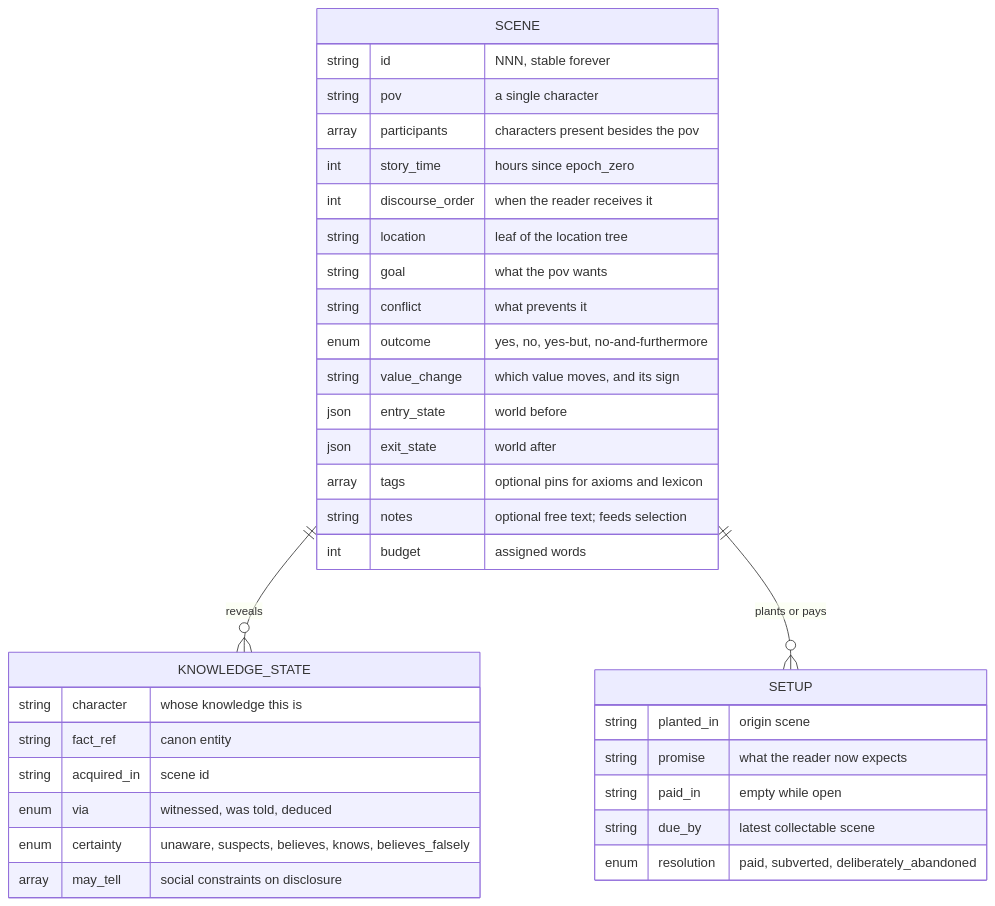
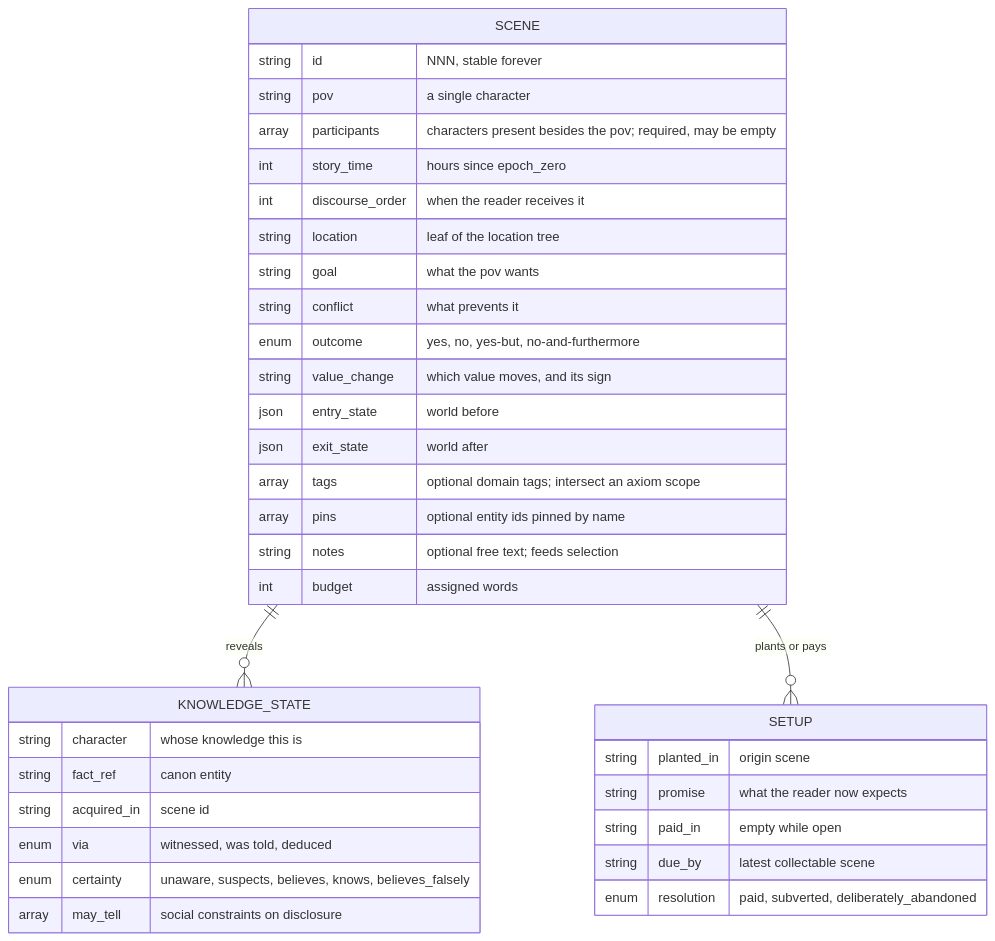
Before and after one commit to ignacio-hurtado-qaracter/My-Story-Marker: the second of 5 diagrams in docs/domain-knowledge.md, drawn with Mermaid. The commit also changed 3 other files, not shown here.

````diff
--- a/docs/domain-knowledge.md
+++ b/docs/domain-knowledge.md
@@ -86,40 +86,41 @@
 ```mermaid
 erDiagram
   SCENE ||--o{ KNOWLEDGE_STATE : "reveals"
   SCENE ||--o{ SETUP : "plants or pays"
 
   SCENE {
     string  id                "NNN, stable forever"
     string  pov               "a single character"
-    array   participants      "characters present besides the pov"
+    array   participants      "characters present besides the pov; required, may be empty"
     int     story_time        "hours since epoch_zero"
     int     discourse_order   "when the reader receives it"
     string  location          "leaf of the location tree"
     string  goal              "what the pov wants"
     string  conflict          "what prevents it"
     enum    outcome           "yes, no, yes-but, no-and-furthermore"
     string  value_change      "which value moves, and its sign"
     json    entry_state       "world before"
     json    exit_state        "world after"
-    array   tags              "optional pins for axioms and lexicon"
+    array   tags              "optional domain tags; intersect an axiom scope"
+    array   pins              "optional entity ids pinned by name"
     string  notes             "optional free text; feeds selection"
     int     budget            "assigned words"
   }
 
   KNOWLEDGE_STATE {
     string  character         "whose knowledge this is"
     string  fact_ref          "canon entity"
     string  acquired_in       "scene id"
     enum    via               "witnessed, was told, deduced"
     enum    certainty         "unaware, suspects, believes, knows, believes_falsely"
     array   may_tell          "social constraints on disclosure"
   }
 
   SETUP {
     string  planted_in        "origin scene"
     string  promise           "what the reader now expects"
     string  paid_in           "empty while open"
     string  due_by            "latest collectable scene"
     enum    resolution        "paid, subverted, deliberately_abandoned"
   }
 ```
````
